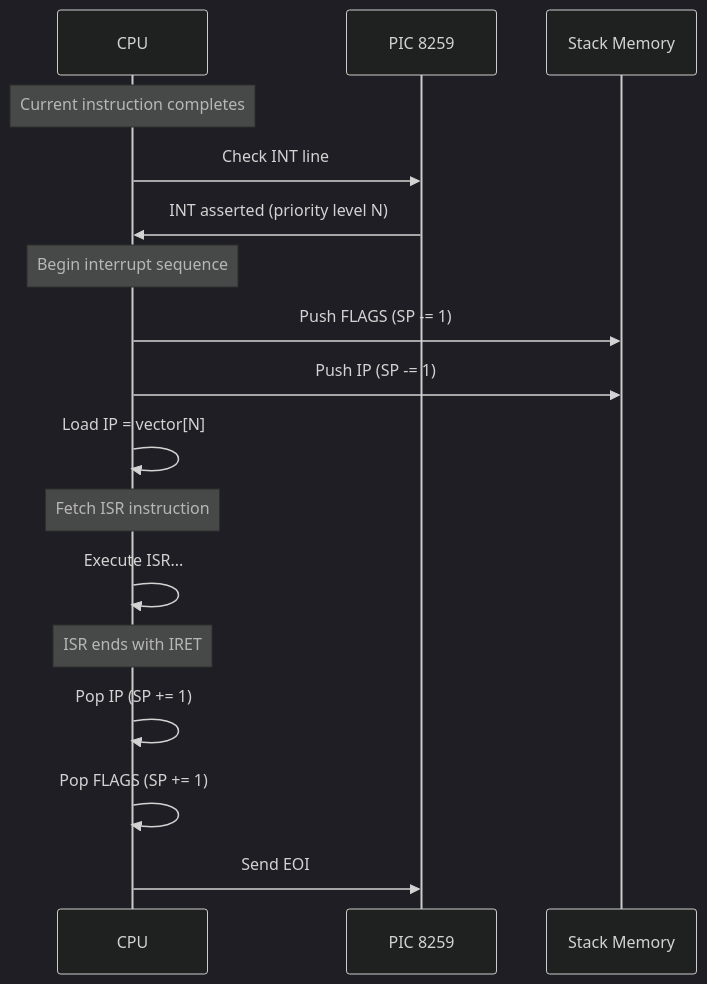
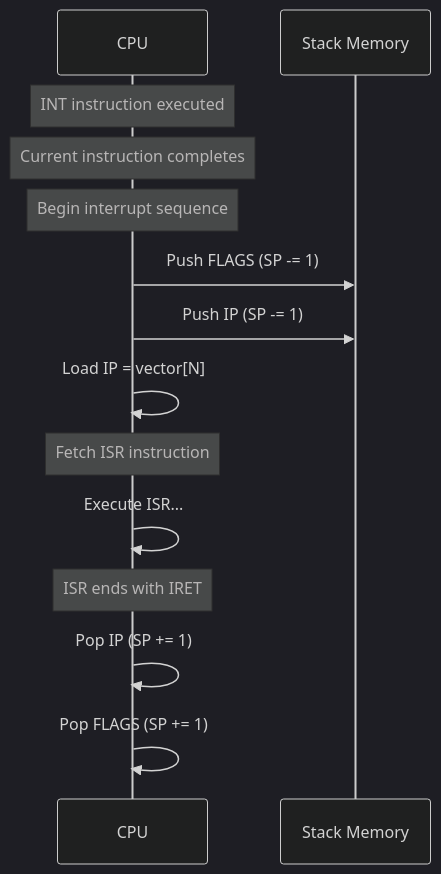
One commit to MinecAnton209/NovumOS-16bit changed diagram 13 of 13 in docs/en/architecture/execution-cycle.md. Above: the diagram before and after it, drawn with Mermaid (dark theme). The commit also changed other lines of this file and 30 other files, not shown here.

````diff
--- a/docs/en/architecture/execution-cycle.md
+++ b/docs/en/architecture/execution-cycle.md
@@ -448,23 +448,20 @@
 ```mermaid
 sequenceDiagram
     participant CPU as CPU
-    participant PIC as PIC 8259
     participant STACK as Stack Memory
 
+    Note over CPU: INT instruction executed
     Note over CPU: Current instruction completes
-    CPU->>PIC: Check INT line
-    PIC->>CPU: INT asserted (priority level N)
     
     Note over CPU: Begin interrupt sequence
     CPU->>STACK: Push FLAGS (SP -= 1)
     CPU->>STACK: Push IP (SP -= 1)
     CPU->>CPU: Load IP = vector[N]
     
     Note over CPU: Fetch ISR instruction
     CPU->>CPU: Execute ISR...
     
     Note over CPU: ISR ends with IRET
     CPU->>CPU: Pop IP (SP += 1)
     CPU->>CPU: Pop FLAGS (SP += 1)
-    CPU->>PIC: Send EOI
 ```
````
